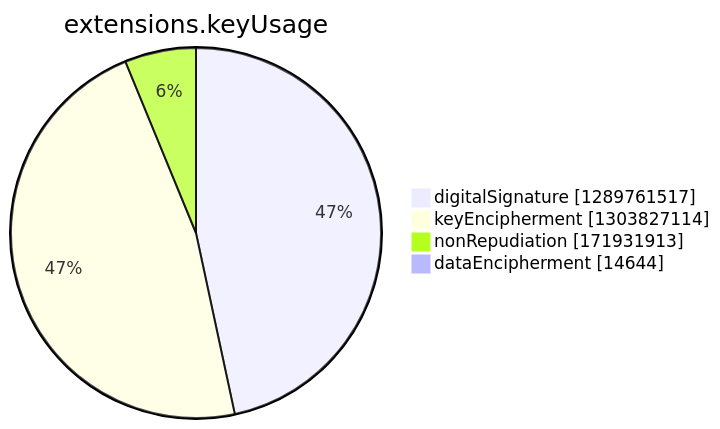
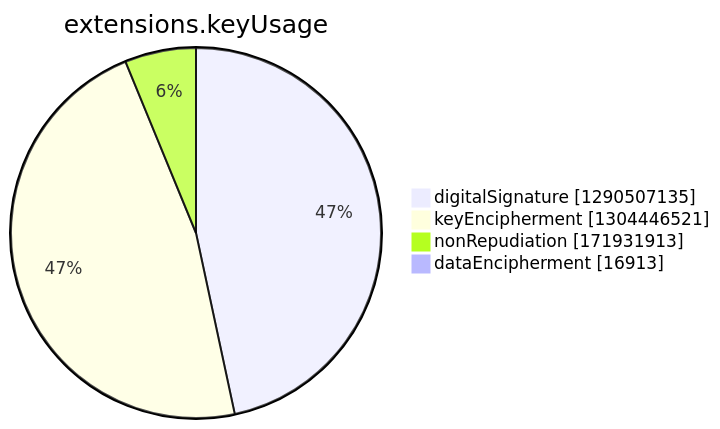
The seventh of 15 diagrams in argon2022/README.md (christiankrug/ctmonitor_visualization), drawn with Mermaid before and after one commit. The commit also changed other lines of this file, not shown here.

````diff
--- a/argon2022/README.md
+++ b/argon2022/README.md
@@ -2748,8 +2748,8 @@
 ```mermaid
 pie showData
 title extensions.keyUsage
-"digitalSignature" :1289761517
-"keyEncipherment" :1303827114
+"digitalSignature" :1290507135
+"keyEncipherment" :1304446521
 "nonRepudiation" :171931913
-"dataEncipherment" :14644
+"dataEncipherment" :16913
 ```
````
